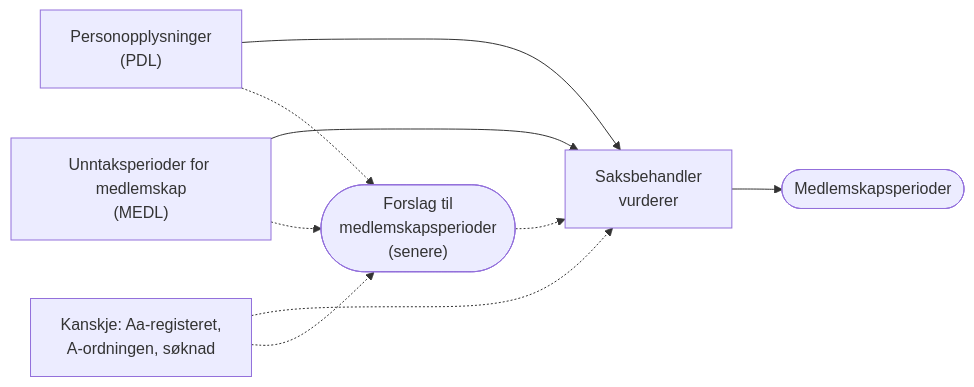
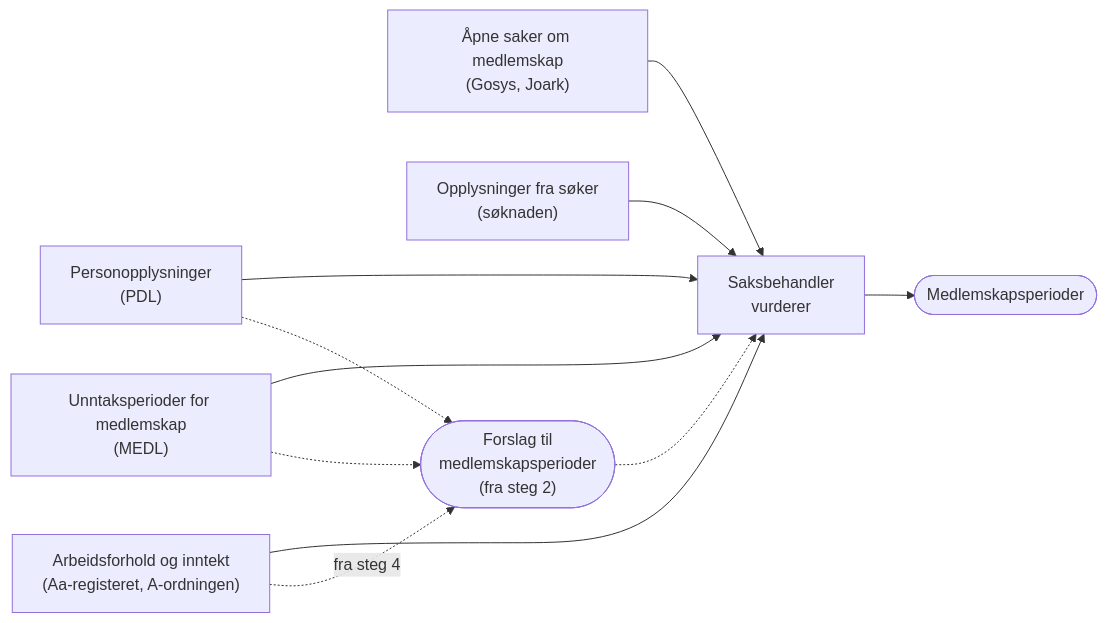
One commit to navikt/grunn-og-hjelpestonad changed the first of 2 diagrams in docs/behandlingsgrunnlag/medlemskap/medlemskap.md. Above: the diagram before and after it, drawn with Mermaid. The commit also changed other lines of this file and 3 other files, not shown here.

````diff
--- a/docs/behandlingsgrunnlag/medlemskap/medlemskap.md
+++ b/docs/behandlingsgrunnlag/medlemskap/medlemskap.md
@@ -25,18 +28,22 @@
 ```mermaid
 flowchart LR
     pdl["Personopplysninger<br/>(PDL)"]
     medl["Unntaksperioder for medlemskap<br/>(MEDL)"]
-    andre["Kanskje: Aa-registeret,<br/>A-ordningen, søknad"]
-    forslag(["Forslag til<br/>medlemskapsperioder<br/>(senere)"])
+    arbeid["Arbeidsforhold og inntekt<br/>(Aa-registeret, A-ordningen)"]
+    saker["Åpne saker om medlemskap<br/>(Gosys, Joark)"]
+    søknad["Opplysninger fra søker<br/>(søknaden)"]
+    forslag(["Forslag til<br/>medlemskapsperioder<br/>(fra steg 2)"])
     saksbehandler["Saksbehandler<br/>vurderer"]
     perioder(["Medlemskapsperioder"])
 
     pdl --> saksbehandler
     medl --> saksbehandler
-    andre -.-> saksbehandler
+    arbeid --> saksbehandler
+    saker --> saksbehandler
+    søknad --> saksbehandler
     pdl -.-> forslag
     medl -.-> forslag
-    andre -.-> forslag
+    arbeid -. "fra steg 4" .-> forslag
     forslag -.-> saksbehandler
     saksbehandler --> perioder
 ```
````
